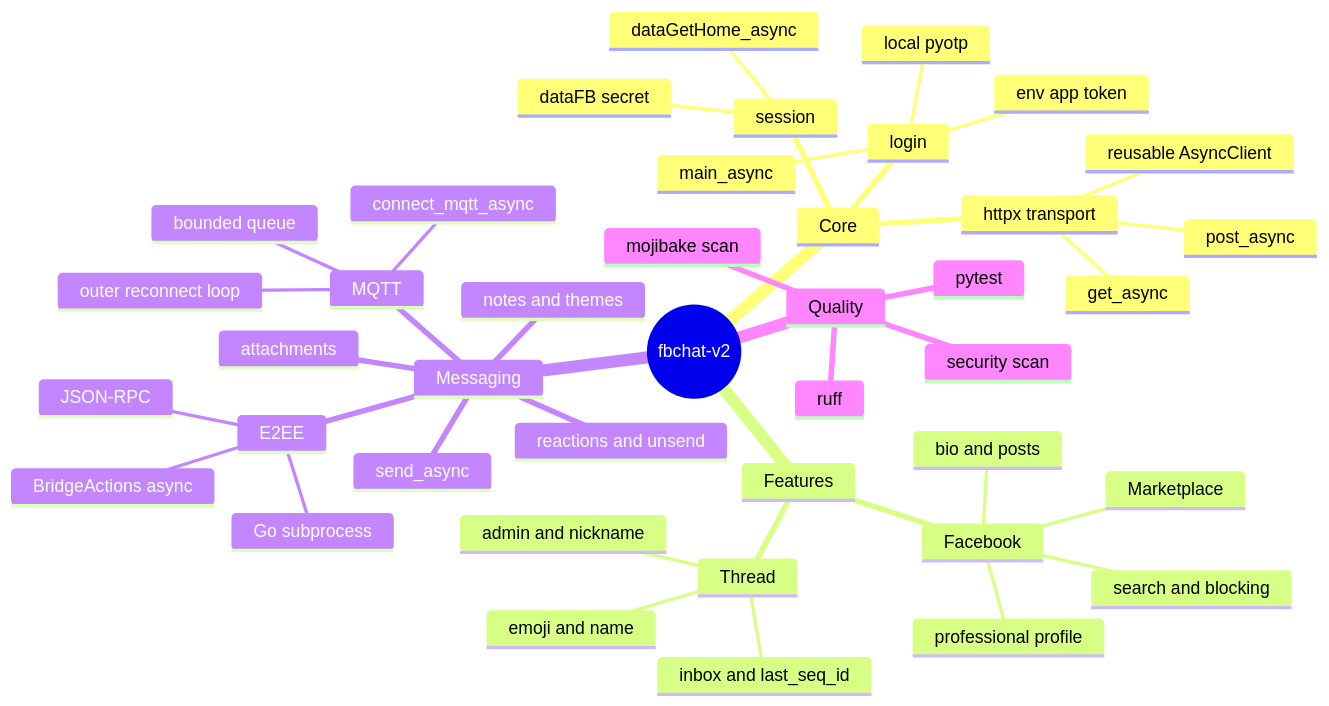
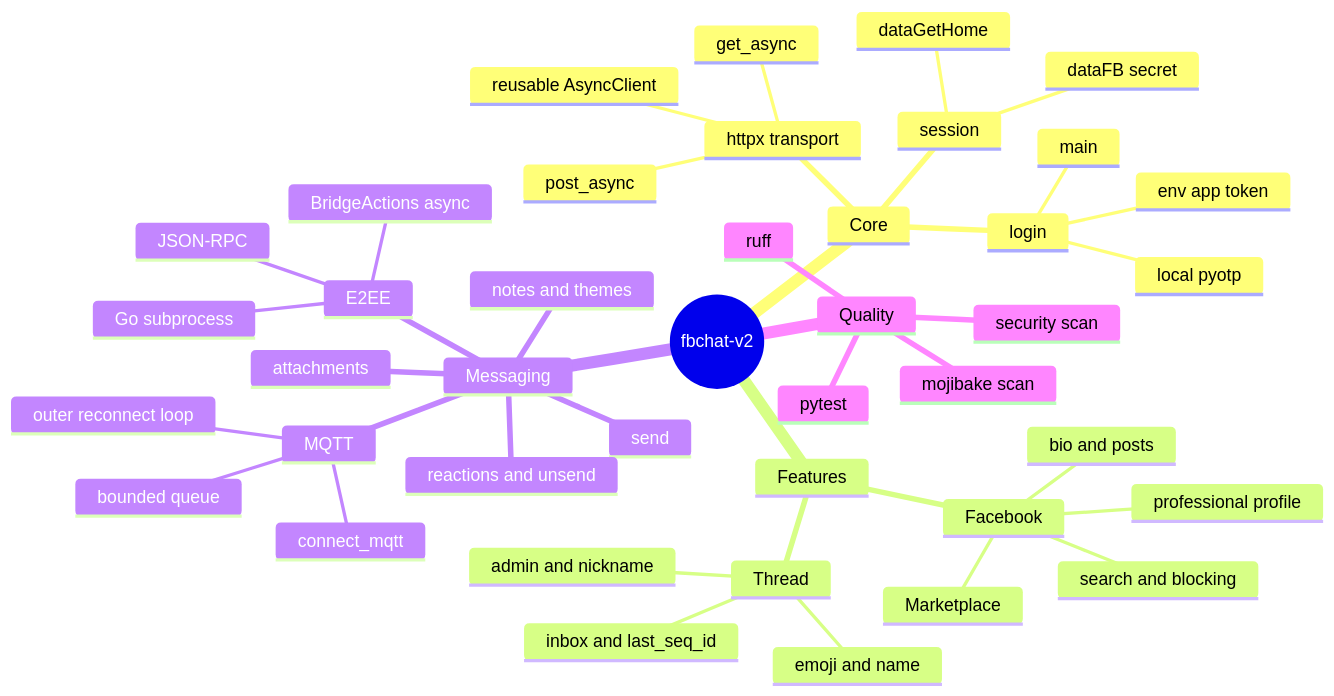
Before and after one commit to m008v/fbchat-v2: the diagram in mindmap-mermaid.md, drawn with Mermaid. The commit also changed 49 other files, not shown here.

````diff
--- a/mindmap-mermaid.md
+++ b/mindmap-mermaid.md
@@ -3,44 +3,44 @@
 ```mermaid
 mindmap
   root((fbchat-v2))
     Core
       httpx transport
         post_async
         get_async
         reusable AsyncClient
       session
-        dataGetHome_async
+        dataGetHome
         dataFB secret
       login
-        main_async
+        main
         local pyotp
         env app token
     Features
       Facebook
         bio and posts
         search and blocking
         professional profile
         Marketplace
       Thread
         inbox and last_seq_id
         admin and nickname
         emoji and name
     Messaging
-      send_async
+      send
       attachments
       reactions and unsend
       notes and themes
       MQTT
-        connect_mqtt_async
+        connect_mqtt
         bounded queue
         outer reconnect loop
       E2EE
         Go subprocess
         JSON-RPC
         BridgeActions async
     Quality
       pytest
       ruff
       mojibake scan
       security scan
 ```
````
